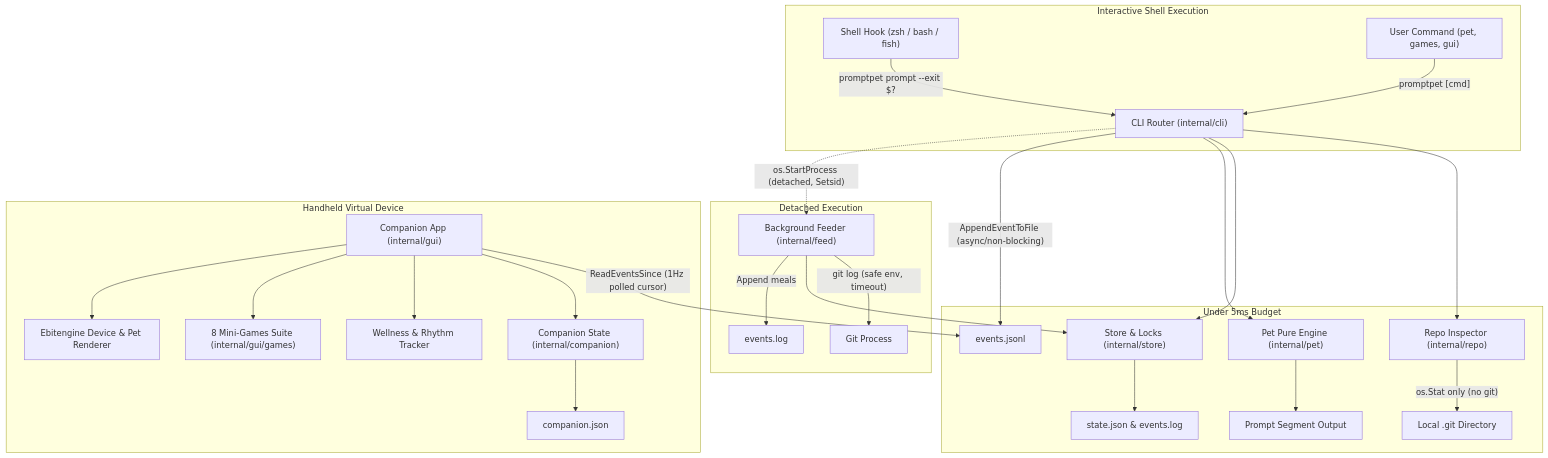
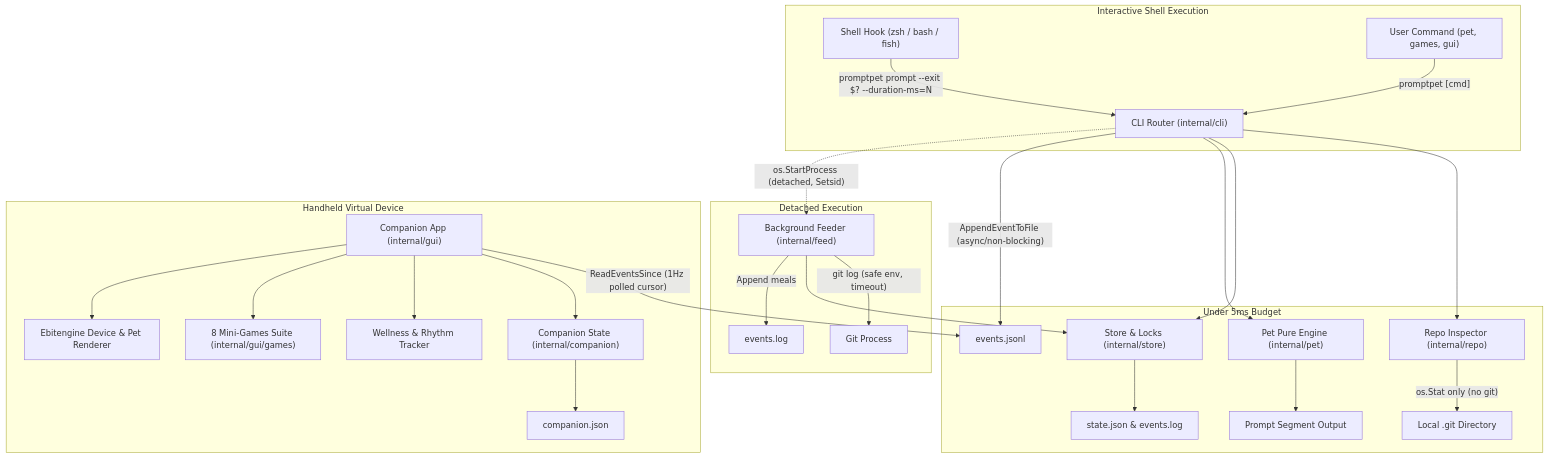
One commit to dpologdvinity/promptpet changed the diagram in ARCHITECTURE.md. Above: the diagram before and after it, drawn with Mermaid. The commit also changed other lines of this file and 1 other file, not shown here.

Commit message:
docs: describe git milestone rules, duration_ms and hook timing

````diff
--- a/ARCHITECTURE.md
+++ b/ARCHITECTURE.md
@@ -19,33 +19,33 @@
 ```mermaid
 graph TD
     subgraph Shell Prompt Context [Interactive Shell Execution]
-        Hook["Shell Hook (zsh / bash / fish)"] -->|"promptpet prompt --exit $?"| CLI["CLI Router (internal/cli)"]
+        Hook["Shell Hook (zsh / bash / fish)"] -->|"promptpet prompt --exit $? --duration-ms=N"| CLI["CLI Router (internal/cli)"]
         User["User Command (pet, games, gui)"] -->|"promptpet [cmd]"| CLI
     end
 
     subgraph Prompt Hot Path [Under 5ms Budget]
         CLI --> Repo["Repo Inspector (internal/repo)"]
         Repo -->|"os.Stat only (no git)"| GitDir["Local .git Directory"]
         CLI --> Store["Store & Locks (internal/store)"]
         Store --> StateFile["state.json & events.log"]
         CLI --> Pet["Pet Pure Engine (internal/pet)"]
         Pet --> PromptRender["Prompt Segment Output"]
         CLI -->|"AppendEventToFile (async/non-blocking)"| IPC["events.jsonl"]
     end
 
     subgraph Background Feeder [Detached Execution]
         CLI -.->|"os.StartProcess (detached, Setsid)"| Feeder["Background Feeder (internal/feed)"]
         Feeder -->|"git log (safe env, timeout)"| GitCLI["Git Process"]
         Feeder --> Store
         Feeder -->|"Append meals"| EventLog["events.log"]
     end
 
     subgraph Desktop Companion GUI [Handheld Virtual Device]
         GUI["Companion App (internal/gui)"] -->|"ReadEventsSince (1Hz polled cursor)"| IPC
         GUI --> CompState["Companion State (internal/companion)"]
         CompState --> CompFile["companion.json"]
         GUI --> Wellness["Wellness & Rhythm Tracker"]
         GUI --> Games["8 Mini-Games Suite (internal/gui/games)"]
         GUI --> Renderer["Ebitengine Device & Pet Renderer"]
     end
 ```
````
